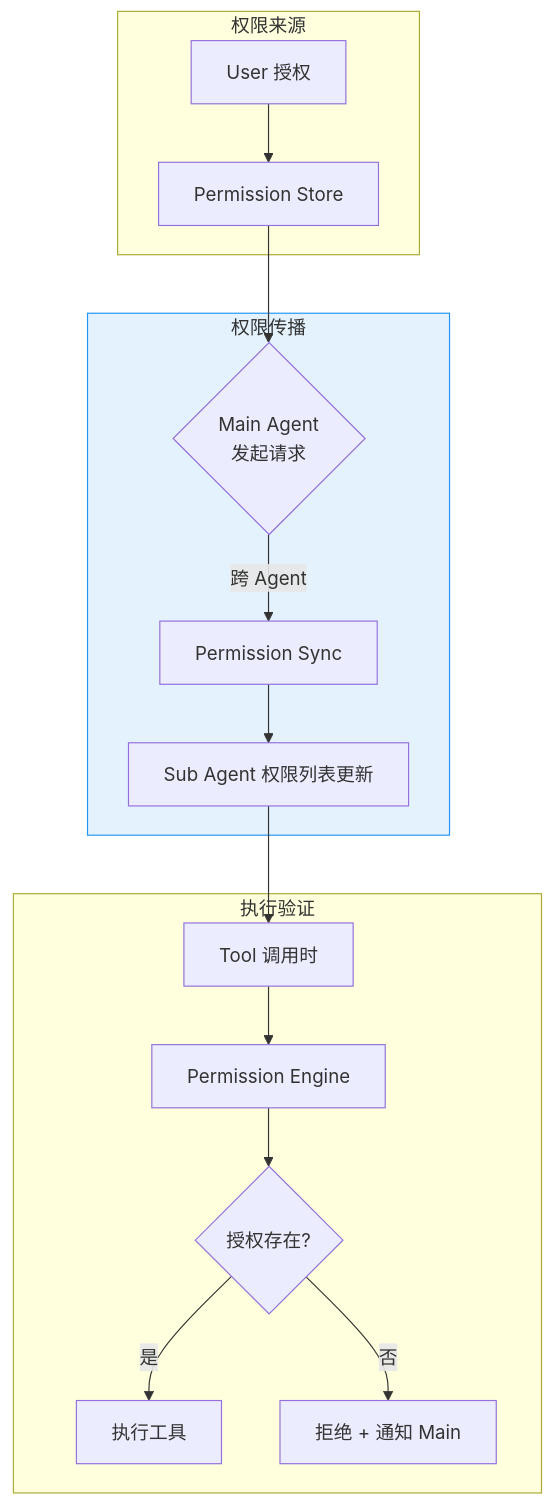
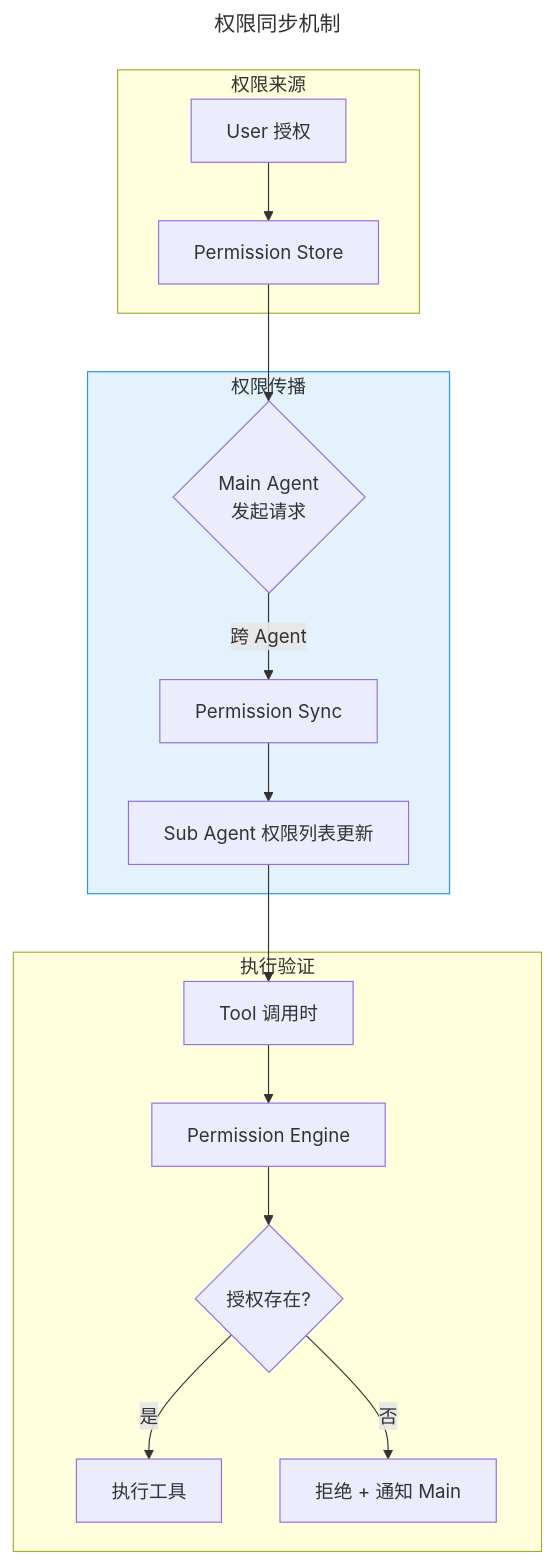
Diagram 12 of 15 in docs/06-data-flow.md (Taotie2002/claude-code-deep-dive), drawn with Mermaid before and after one commit. The commit also changed other lines of this file and 12 other files, not shown here.

````diff
--- a/docs/06-data-flow.md
+++ b/docs/06-data-flow.md
@@ -252,22 +285,25 @@
 ```mermaid
+---
+title: 权限同步机制
+---
 flowchart TD
     subgraph 权限来源
         A[User 授权] --> B[Permission Store]
     end
 
     subgraph 权限传播
         B --> C{Main Agent<br/>发起请求}
         C -->|跨 Agent| D[Permission Sync]
         D --> E[Sub Agent 权限列表更新]
     end
 
     subgraph 执行验证
         E --> F[Tool 调用时]
         F --> G[Permission Engine]
         G --> H{授权存在?}
         H -->|是| I[执行工具]
         H -->|否| J[拒绝 + 通知 Main]
     end
 
     style 权限传播 fill:#e3f2fd,stroke:#2196f3
 ```
````
